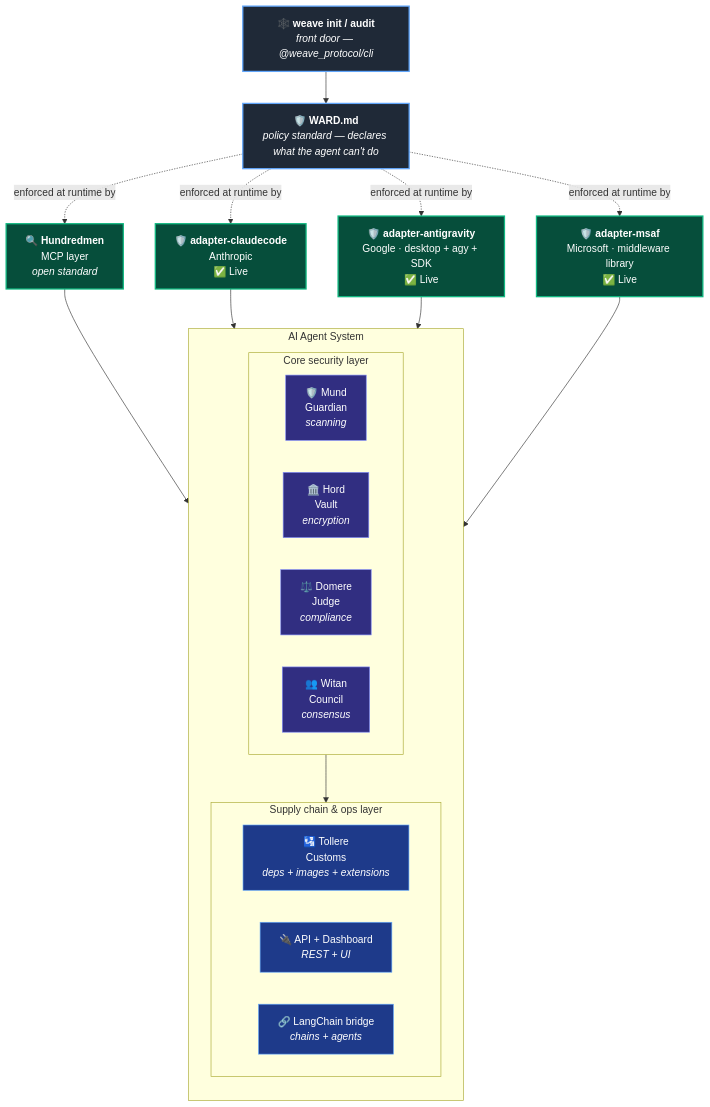
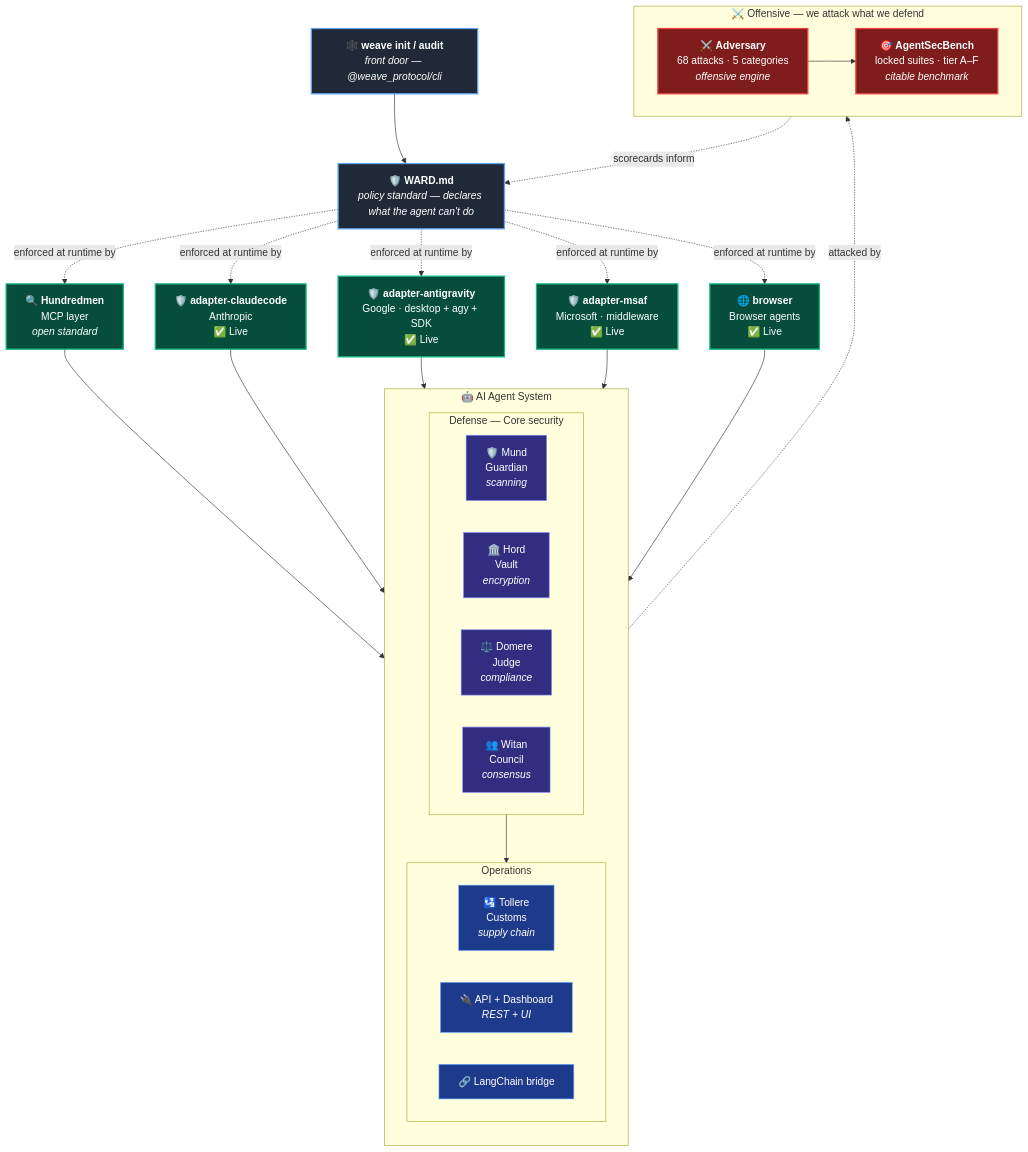
One commit to Tyox-all/Weave_Protocol changed the diagram in README.md. Above: the diagram before and after it, drawn with Mermaid. The commit also changed other lines of this file, not shown here.

First line of the commit message:
docs: README v10 — Q4 offensive thesis lead, 3-layer restructure

````diff
--- a/README.md
+++ b/README.md
@@ -473,49 +448,64 @@
 ```mermaid
 flowchart TD
     CLI["🕸️ <b>weave init / audit</b><br/><i>front door — @weave_protocol/cli</i>"]
     WARD["🛡️ <b>WARD.md</b><br/><i>policy standard — declares what the agent can't do</i>"]
     CLI --> WARD
 
     WARD -.->|enforced at runtime by| HM
     WARD -.->|enforced at runtime by| CC
     WARD -.->|enforced at runtime by| AG
     WARD -.->|enforced at runtime by| MSAF
+    WARD -.->|enforced at runtime by| BR
 
     HM["🔍 <b>Hundredmen</b><br/>MCP layer<br/><i>open standard</i>"]
     CC["🛡️ <b>adapter-claudecode</b><br/>Anthropic<br/>✅ Live"]
     AG["🛡️ <b>adapter-antigravity</b><br/>Google · desktop + agy + SDK<br/>✅ Live"]
-    MSAF["🛡️ <b>adapter-msaf</b><br/>Microsoft · middleware library<br/>✅ Live"]
+    MSAF["🛡️ <b>adapter-msaf</b><br/>Microsoft · middleware<br/>✅ Live"]
+    BR["🌐 <b>browser</b><br/>Browser agents<br/>✅ Live"]
 
     HM --> AGENT
     CC --> AGENT
     AG --> AGENT
     MSAF --> AGENT
+    BR --> AGENT
 
-    subgraph AGENT["AI Agent System"]
+    subgraph AGENT["🤖 AI Agent System"]
         direction TB
-        subgraph CORE["Core security layer"]
+        subgraph CORE["Defense — Core security"]
             direction LR
             MUND["🛡️ Mund<br/>Guardian<br/><i>scanning</i>"]
             HORD["🏛️ Hord<br/>Vault<br/><i>encryption</i>"]
             DOMERE["⚖️ Domere<br/>Judge<br/><i>compliance</i>"]
             WITAN["👥 Witan<br/>Council<br/><i>consensus</i>"]
         end
-        subgraph OPS["Supply chain & ops layer"]
+        subgraph OPS["Operations"]
             direction LR
-            TOLLERE["🛂 Tollere<br/>Customs<br/><i>deps + images + extensions</i>"]
+            TOLLERE["🛂 Tollere<br/>Customs<br/><i>supply chain</i>"]
             API["🔌 API + Dashboard<br/><i>REST + UI</i>"]
-            LC["🔗 LangChain bridge<br/><i>chains + agents</i>"]
+            LC["🔗 LangChain bridge"]
         end
         CORE --> OPS
     end
+
+    subgraph OFFENSIVE["⚔️ Offensive — we attack what we defend"]
+        direction LR
+        ADV["⚔️ <b>Adversary</b><br/>68 attacks · 5 categories<br/><i>offensive engine</i>"]
+        ASB["🎯 <b>AgentSecBench</b><br/>locked suites · tier A–F<br/><i>citable benchmark</i>"]
+        ADV --> ASB
+    end
+
+    AGENT -.->|attacked by| OFFENSIVE
+    OFFENSIVE -.->|scorecards inform| WARD
 
     classDef policy fill:#1f2937,stroke:#60a5fa,stroke-width:2px,color:#fff
     classDef enforcer fill:#064e3b,stroke:#10b981,stroke-width:2px,color:#fff
     classDef core fill:#312e81,stroke:#818cf8,stroke-width:1px,color:#fff
     classDef ops fill:#1e3a8a,stroke:#60a5fa,stroke-width:1px,color:#fff
+    classDef offensive fill:#7f1d1d,stroke:#ef4444,stroke-width:2px,color:#fff
 
     class CLI,WARD policy
-    class HM,CC,AG,MSAF enforcer
+    class HM,CC,AG,MSAF,BR enforcer
     class MUND,HORD,DOMERE,WITAN core
     class TOLLERE,API,LC ops
+    class ADV,ASB offensive
 ```
````
